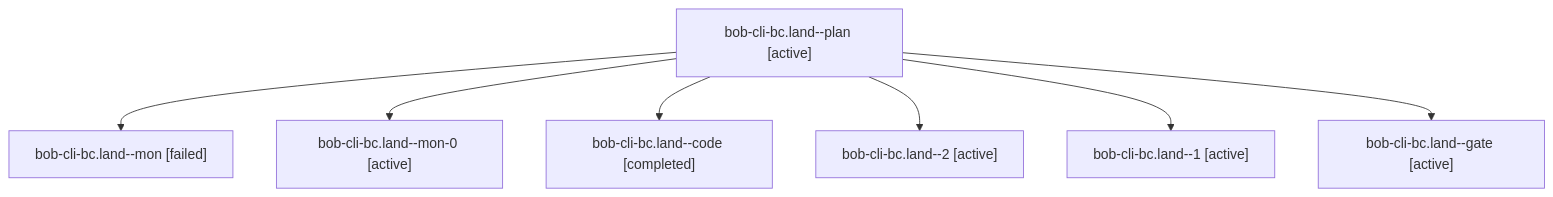
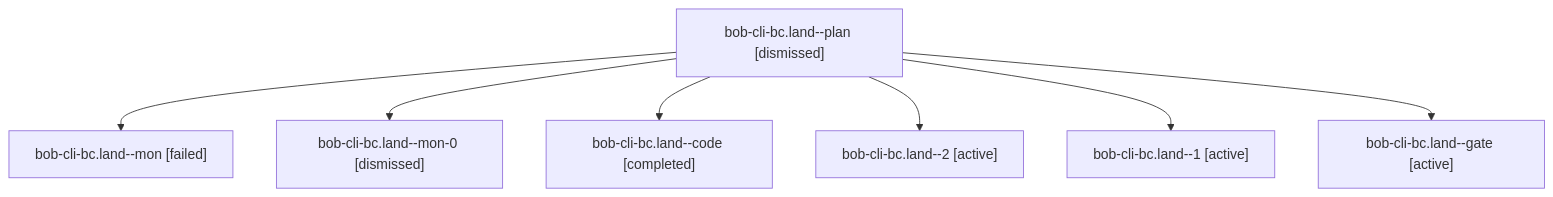
The diagram in sessions/bbugyi200.apollo.bob-cli-bc.land.md (bobs-org/bob-cli--agents), drawn with Mermaid before and after one commit. The commit also changed other lines of this file and 225 other files, not shown here.

````diff
--- a/sessions/bbugyi200.apollo.bob-cli-bc.land.md
+++ b/sessions/bbugyi200.apollo.bob-cli-bc.land.md
@@ -9,16 +9,16 @@
 ```mermaid
 flowchart TD
-  n0["bob-cli-bc.land--plan [active]"]
+  n0["bob-cli-bc.land--plan [dismissed]"]
   n1["bob-cli-bc.land--mon [failed]"]
   n0 --> n1
-  n2["bob-cli-bc.land--mon-0 [active]"]
+  n2["bob-cli-bc.land--mon-0 [dismissed]"]
   n0 --> n2
   n3["bob-cli-bc.land--code [completed]"]
   n0 --> n3
   n4["bob-cli-bc.land--2 [active]"]
   n0 --> n4
   n5["bob-cli-bc.land--1 [active]"]
   n0 --> n5
   n6["bob-cli-bc.land--gate [active]"]
   n0 --> n6
 ```
````
